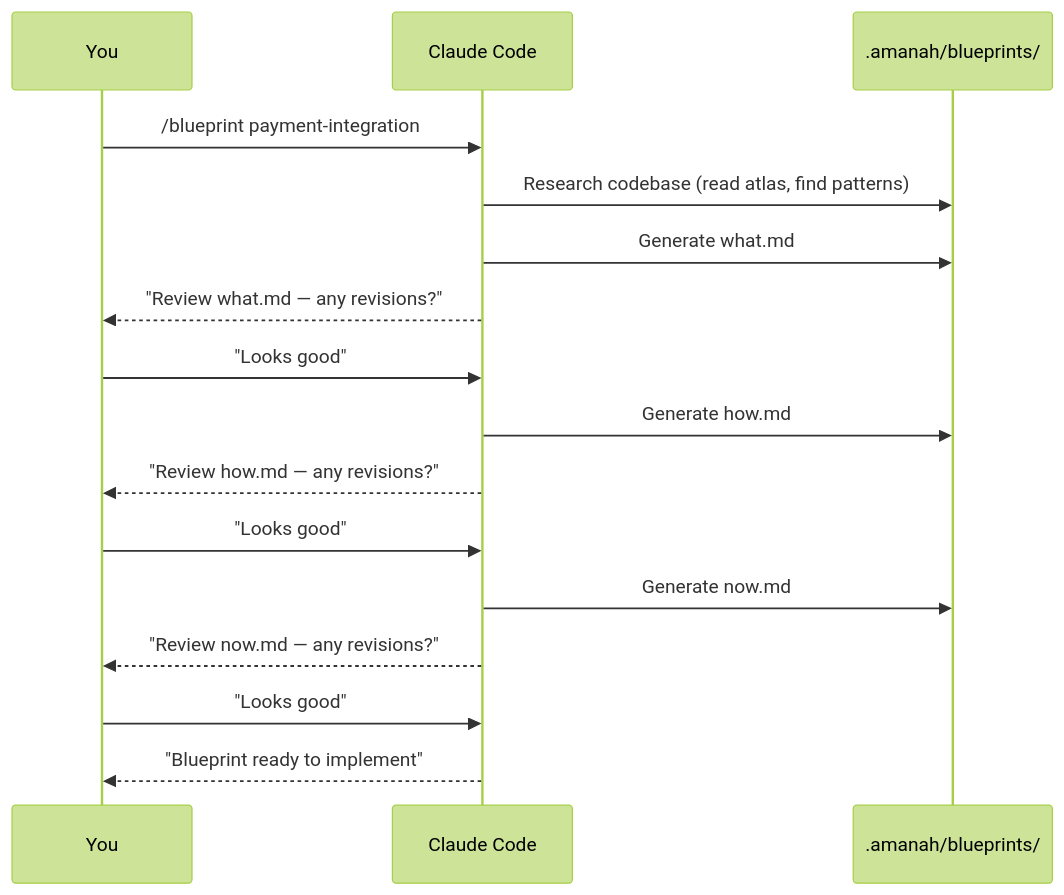
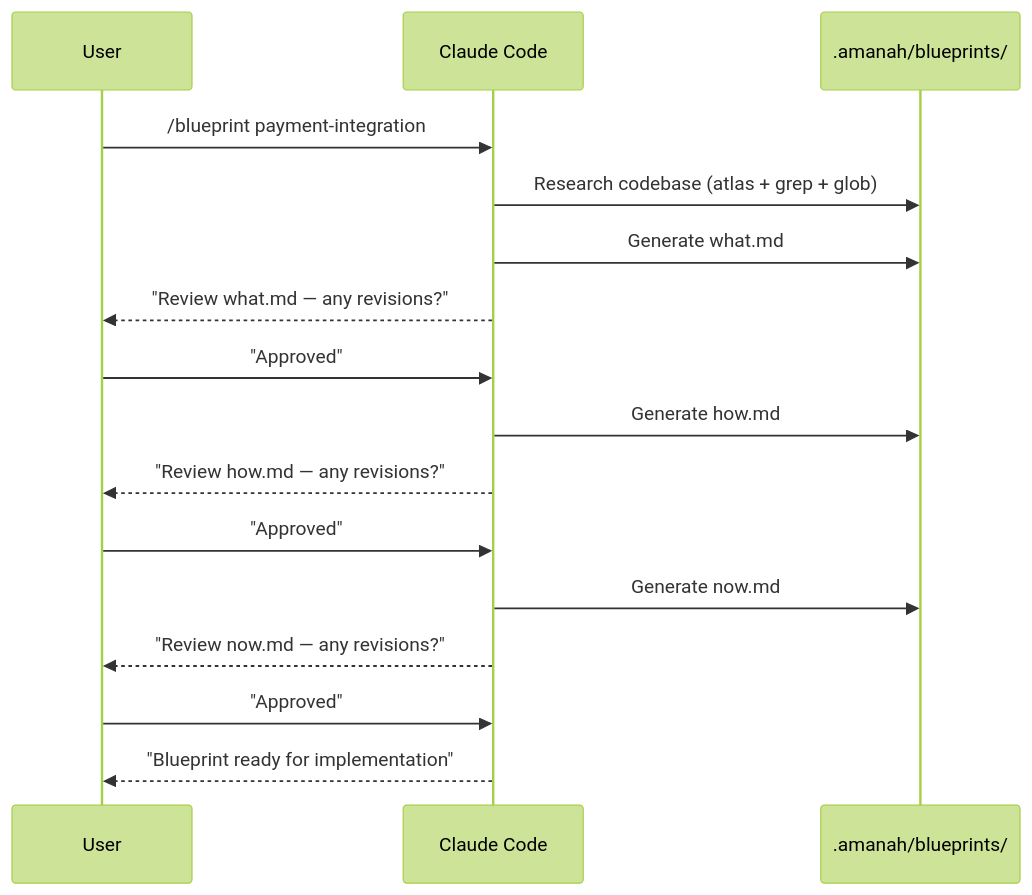
The second of 7 diagrams in README.md (NHadi/AmanahAgent.Blueprint.Skills), drawn with Mermaid (forest theme) before and after one commit. The commit also changed other lines of this file, not shown here.

````diff
--- a/README.md
+++ b/README.md
@@ -107,19 +146,19 @@
 ```mermaid
 sequenceDiagram
-    participant U as You
+    participant U as User
     participant C as Claude Code
     participant FS as .amanah/blueprints/
 
     U->>C: /blueprint payment-integration
-    C->>FS: Research codebase (read atlas, find patterns)
+    C->>FS: Research codebase (atlas + grep + glob)
     C->>FS: Generate what.md
     C-->>U: "Review what.md — any revisions?"
-    U->>C: "Looks good"
+    U->>C: "Approved"
     C->>FS: Generate how.md
     C-->>U: "Review how.md — any revisions?"
-    U->>C: "Looks good"
+    U->>C: "Approved"
     C->>FS: Generate now.md
     C-->>U: "Review now.md — any revisions?"
-    U->>C: "Looks good"
-    C-->>U: "Blueprint ready to implement"
+    U->>C: "Approved"
+    C-->>U: "Blueprint ready for implementation"
 ```
````
